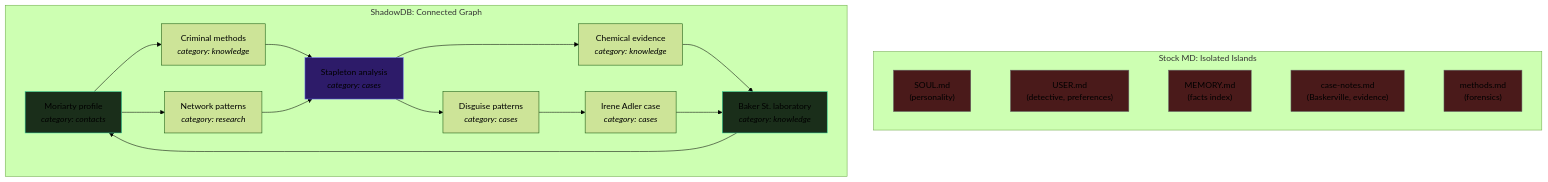
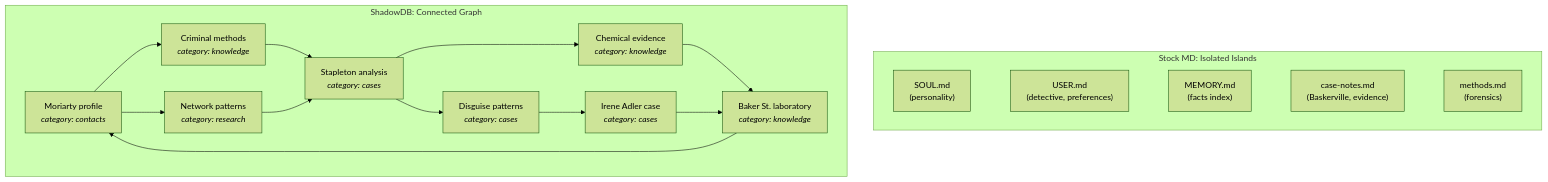
Before and after one commit to jamesdwilson/Sh4d0wDB: diagram 12 of 13 in README.md, drawn with Mermaid (forest theme). The commit also changed other lines of this file and 2 other files, not shown here.

````diff
--- a/README.md
+++ b/README.md
@@ -1133,31 +1112,23 @@
 ```mermaid
 graph TD
     subgraph "Stock MD: Isolated Islands"
         S1["SOUL.md<br/>(personality)"] ~~~ S2["USER.md<br/>(detective, preferences)"]
         S2 ~~~ S3["MEMORY.md<br/>(facts index)"]
         S3 ~~~ S4["case-notes.md<br/>(Baskerville, evidence)"]
         S4 ~~~ S5["methods.md<br/>(forensics)"]
     end
 
     subgraph "ShadowDB: Connected Graph"
         D1["Moriarty profile<br/><i>category: contacts</i>"] --> D2["Criminal methods<br/><i>category: knowledge</i>"]
         D1 --> D3["Network patterns<br/><i>category: research</i>"]
         D2 --> D4["Stapleton analysis<br/><i>category: cases</i>"]
         D3 --> D4
         D4 --> D5["Chemical evidence<br/><i>category: knowledge</i>"]
         D4 --> D6["Disguise patterns<br/><i>category: cases</i>"]
         D6 --> D7["Irene Adler case<br/><i>category: cases</i>"]
         D5 --> D8["Baker St. laboratory<br/><i>category: knowledge</i>"]
         D7 --> D8
         D8 --> D1
     end
 
-    style S1 fill:#4a1a1a,stroke:#666
-    style S2 fill:#4a1a1a,stroke:#666
-    style S3 fill:#4a1a1a,stroke:#666
-    style S4 fill:#4a1a1a,stroke:#666
-    style S5 fill:#4a1a1a,stroke:#666
-    style D1 fill:#1a2e1a,stroke:#34d399
-    style D4 fill:#2d1b69,stroke:#6366f1
-    style D8 fill:#1a2e1a,stroke:#34d399
 ```
````
